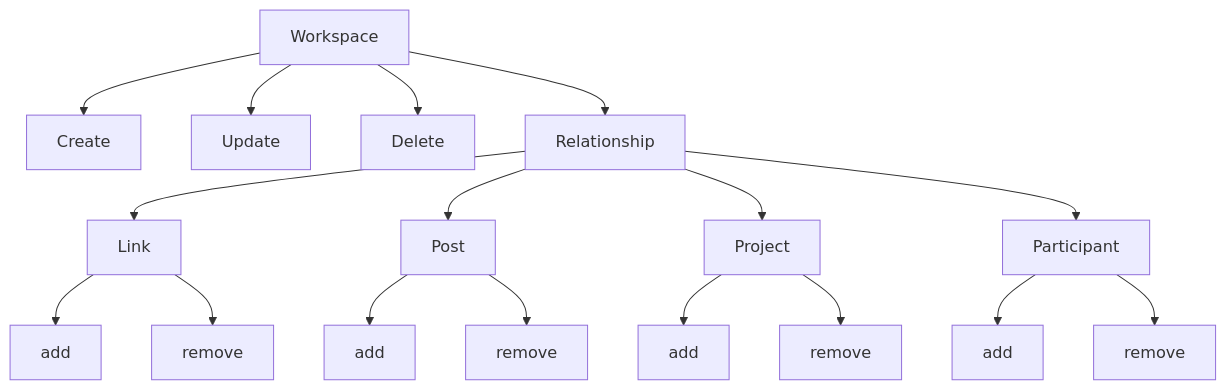
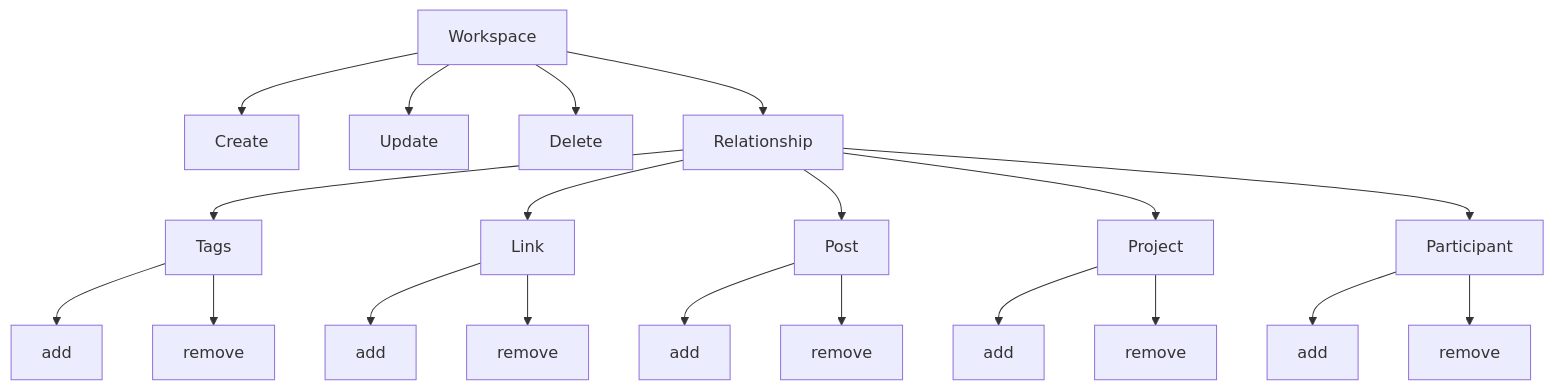
Before and after one commit to DviDev/workspace-module: the second of 2 diagrams in README.md, drawn with Mermaid.

````diff
--- a/README.md
+++ b/README.md
@@ -12,20 +12,23 @@
 ```mermaid
 graph TD;
     Workspace-->Create;
     Workspace-->Update;
     Workspace-->Delete;
     Workspace-->Relationship;
+    Relationship-->Tags;
+    Tags-->TagsAdd[add];
+    Tags-->TagsRemove[remove];
     Relationship-->Link;
     Link-->LinkAdd[add];
     Link-->RemoveLink[remove];
     Relationship-->Post;
     Post-->AddPost[add];
     Post-->RemovePost[remove];
     Relationship-->Project;
     Project-->AddProject[add];
     Project-->RemoveProject[remove];
     Relationship-->Participant;
     Participant-->AddParticipant[add];
     Participant-->RemoveParticipant[remove];
     
 ```
````
